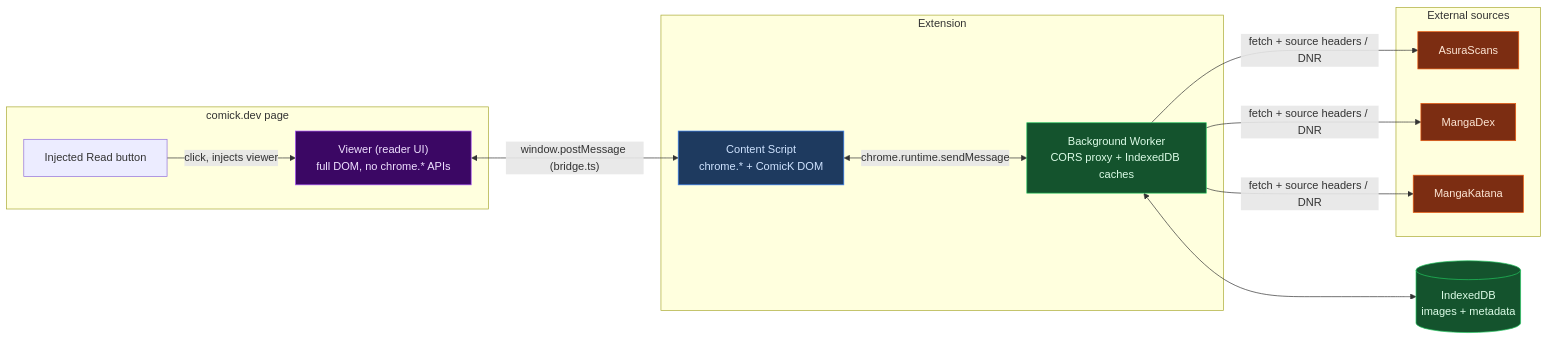
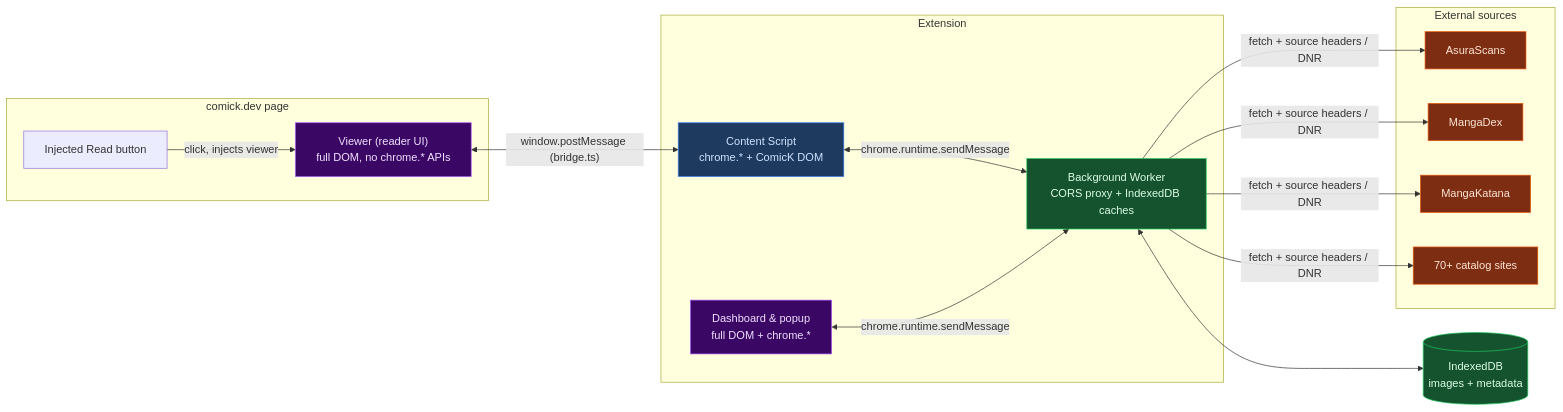
One commit to BrAtUkA/ComicK-Revive changed the first of 2 diagrams in README.md. Above: the diagram before and after it, drawn with Mermaid. The commit also changed other lines of this file, not shown here.

````diff
--- a/README.md
+++ b/README.md
@@ -160,32 +177,37 @@
 ```mermaid
 flowchart LR
     subgraph PAGE["comick.dev page"]
         BTN["Injected Read button"]
         VIEW["Viewer (reader UI)<br/>full DOM, no chrome.* APIs"]
     end
 
     subgraph EXT["Extension"]
         CS["Content Script<br/>chrome.* + ComicK DOM"]
+        DASH["Dashboard & popup<br/>full DOM + chrome.*"]
         BG["Background Worker<br/>CORS proxy + IndexedDB caches"]
     end
 
     subgraph SRC["External sources"]
         AS["AsuraScans"]
         MD["MangaDex"]
         MK["MangaKatana"]
+        CAT["70+ catalog sites"]
     end
 
     BTN -->|click, injects viewer| VIEW
     VIEW <-->|"window.postMessage (bridge.ts)"| CS
     CS <-->|chrome.runtime.sendMessage| BG
-    BG -->|"fetch + source headers / DNR"| AS & MD & MK
+    DASH <-->|chrome.runtime.sendMessage| BG
+    BG -->|"fetch + source headers / DNR"| AS & MD & MK & CAT
     BG <--> IDB[("IndexedDB<br/>images + metadata")]
 
     style VIEW fill:#3b0764,color:#efe1ff,stroke:#a855f7
     style CS fill:#1e3a5f,color:#cfe3ff,stroke:#3b82f6
+    style DASH fill:#3b0764,color:#efe1ff,stroke:#a855f7
     style BG fill:#14532d,color:#dcfce7,stroke:#22c55e
     style IDB fill:#14532d,color:#dcfce7,stroke:#22c55e
     style AS fill:#7c2d12,color:#fde6d5,stroke:#ea580c
     style MD fill:#7c2d12,color:#fde6d5,stroke:#ea580c
     style MK fill:#7c2d12,color:#fde6d5,stroke:#ea580c
+    style CAT fill:#7c2d12,color:#fde6d5,stroke:#ea580c
 ```
````
